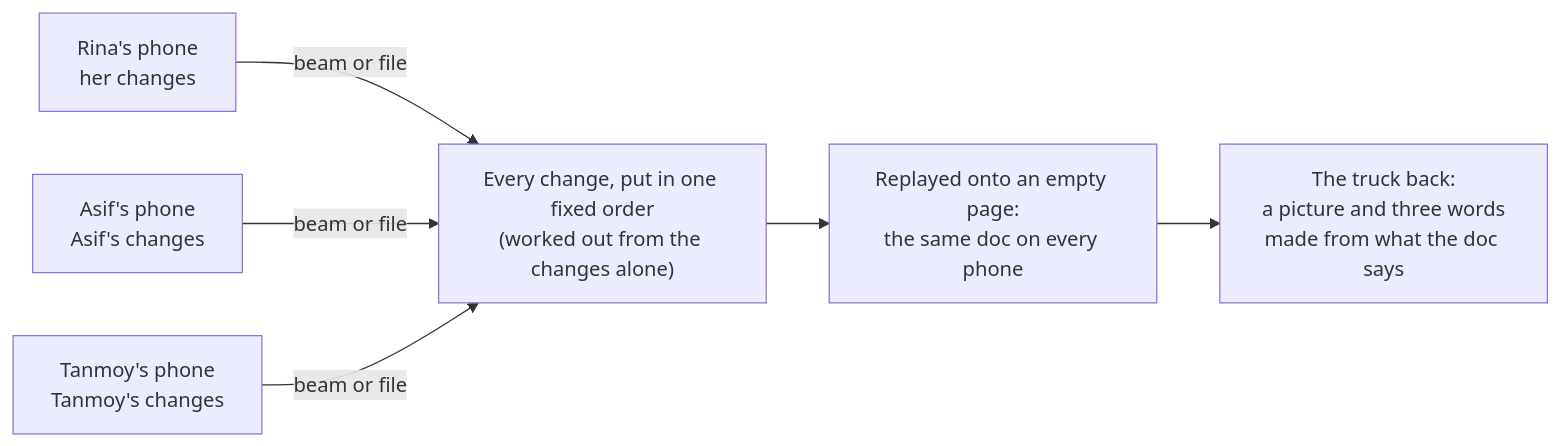
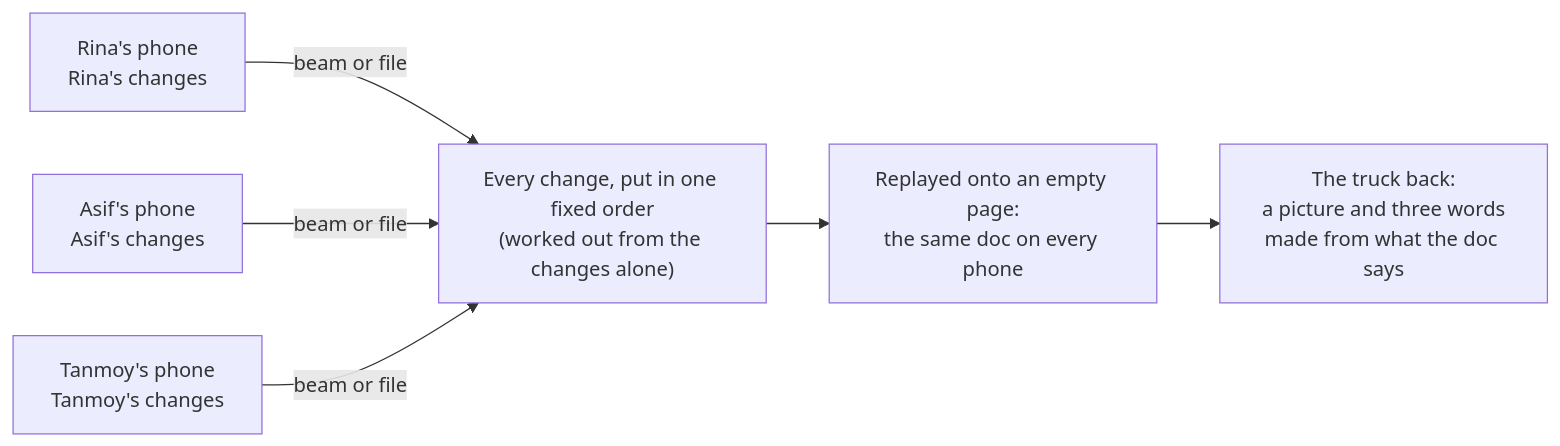
Before and after one commit to ranvir7123/phir-milenge: the diagram in README.md, drawn with Mermaid. The commit also changed other lines of this file and 1 other file, not shown here.

````diff
--- a/README.md
+++ b/README.md
@@ -27,8 +27,8 @@
 ```mermaid
 flowchart LR
-  R["Rina's phone<br/>her changes"] -- "beam or file" --> S
+  R["Rina's phone<br/>Rina's changes"] -- "beam or file" --> S
   A["Asif's phone<br/>Asif's changes"] -- "beam or file" --> S
   T["Tanmoy's phone<br/>Tanmoy's changes"] -- "beam or file" --> S
   S["Every change, put in one fixed order<br/>(worked out from the changes alone)"] --> D["Replayed onto an empty page:<br/>the same doc on every phone"]
   D --> F["The truck back:<br/>a picture and three words<br/>made from what the doc says"]
 ```
````
